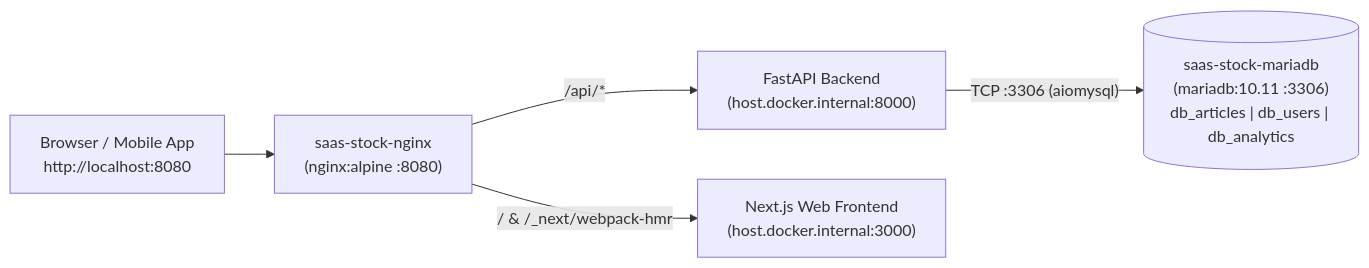
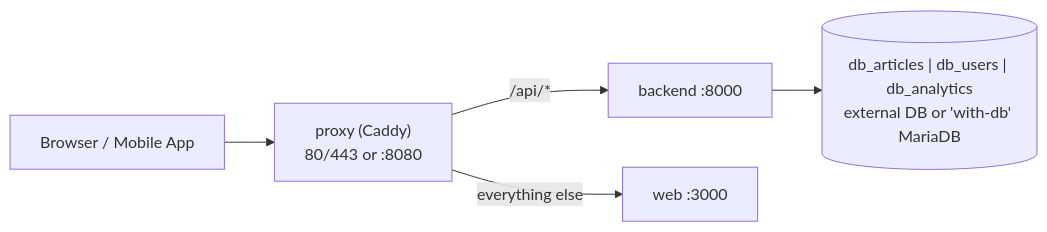
One commit to StockDepositControl/SaaSStockDepositControl changed the diagram in docs/deploy/README.md. Above: the diagram before and after it, drawn with Mermaid. The commit also changed other lines of this file and 2 other files, not shown here.

````diff
--- a/docs/deploy/README.md
+++ b/docs/deploy/README.md
@@ -11,7 +5,7 @@
 ```mermaid
 flowchart LR
-    Client["Browser / Mobile App<br/>http://localhost:8080"] --> NGINX["saas-stock-nginx<br/>(nginx:alpine :8080)"]
-    NGINX -->|"/api/*"| FastAPI["FastAPI Backend<br/>(host.docker.internal:8000)"]
-    NGINX -->|"/ & /_next/webpack-hmr"| NextJS["Next.js Web Frontend<br/>(host.docker.internal:3000)"]
-    FastAPI -->|"TCP :3306 (aiomysql)"| MariaDB[("saas-stock-mariadb<br/>(mariadb:10.11 :3306)<br/>db_articles | db_users | db_analytics")]
+    Client["Browser / Mobile App"] --> Caddy["proxy (Caddy)<br/>80/443 or :8080"]
+    Caddy -->|"/api/*"| Backend["backend :8000"]
+    Caddy -->|"everything else"| Web["web :3000"]
+    Backend --> DB[("db_articles | db_users | db_analytics<br/>external DB or 'with-db' MariaDB")]
 ```
````
